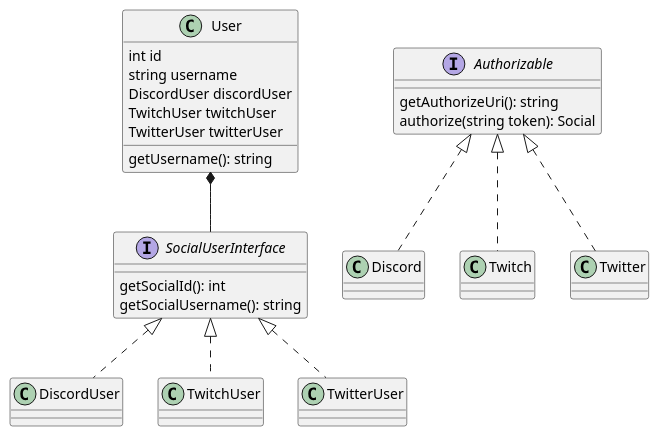
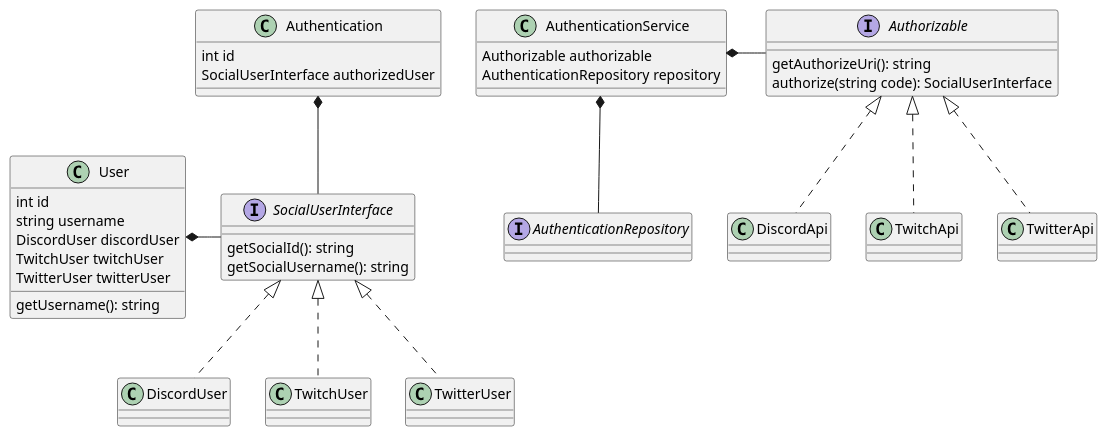
One commit to cma2819/rtachecker-documentation changed the diagram in domain/authentication/class.pu. Above: the diagram before and after it, drawn with PlantUML. The commit also changed 5 other files, not shown here.

Commit message:
Update and export diagrams

```diff
--- a/domain/authentication/class.pu
+++ b/domain/authentication/class.pu
@@ -1,32 +1,48 @@
 @startuml authentication_class
 
 class User {
     int id
     string username
     DiscordUser discordUser
     TwitchUser twitchUser
     TwitterUser twitterUser
     getUsername(): string
 }
 
+class Authentication {
+    int id
+    SocialUserInterface authorizedUser
+}
+
 interface SocialUserInterface {
-    getSocialId(): int
+    getSocialId(): string
     getSocialUsername(): string
 }
 
-User *-- SocialUserInterface
+User *- SocialUserInterface
+Authentication *-- SocialUserInterface
 
 SocialUserInterface <|.. DiscordUser
 SocialUserInterface <|.. TwitchUser
 SocialUserInterface <|.. TwitterUser
 
 interface Authorizable {
     getAuthorizeUri(): string
-    authorize(string token): Social
+    authorize(string code): SocialUserInterface
 }
 
-Authorizable <|.. Discord
-Authorizable <|.. Twitch
-Authorizable <|.. Twitter
+Authorizable <|.. DiscordApi
+Authorizable <|.. TwitchApi
+Authorizable <|.. TwitterApi
+
+class AuthenticationService {
+    Authorizable authorizable
+    AuthenticationRepository repository
+}
+
+interface AuthenticationRepository
+
+AuthenticationService *- Authorizable
+AuthenticationService *-- AuthenticationRepository
 
 @enduml
```
